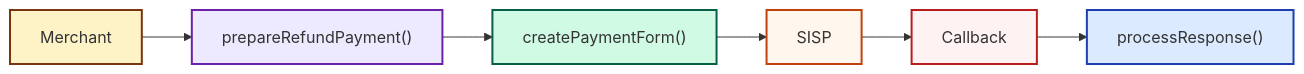
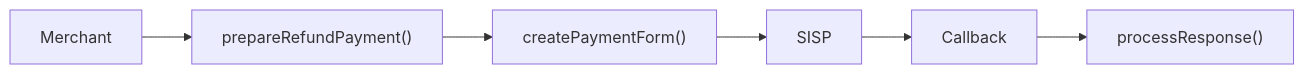
Before and after one commit to erilshackle/vinti4net-php: the diagram in docs/refunds.md, drawn with Mermaid. The commit also changed 6 other files, not shown here.

````diff
--- a/docs/refunds.md
+++ b/docs/refunds.md
@@ -21,15 +21,9 @@
 ```mermaid
 graph LR
-    style A fill:#fef3c7,stroke:#78350f,stroke-width:2px
-    style B fill:#ede9fe,stroke:#6b21a8,stroke-width:2px
-    style C fill:#d1fae5,stroke:#065f46,stroke-width:2px
-    style D fill:#fff7ed,stroke:#c2410c,stroke-width:2px
-    style E fill:#fef2f2,stroke:#b91c1c,stroke-width:2px
-    style F fill:#dbeafe,stroke:#1e40af,stroke-width:2px
-
+   
     A["Merchant"] --> B["prepareRefundPayment()"]
     B --> C["createPaymentForm()"]
     C --> D["SISP"]
     D --> E["Callback"]
     E --> F["processResponse()"]
 ```
````
